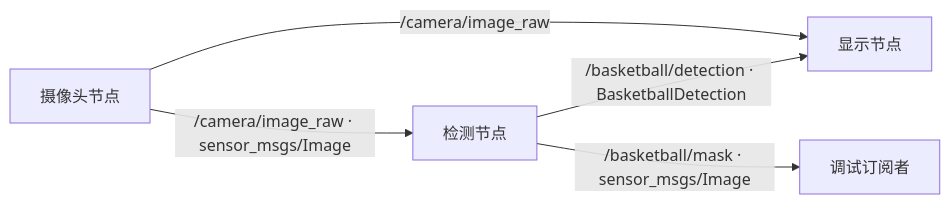
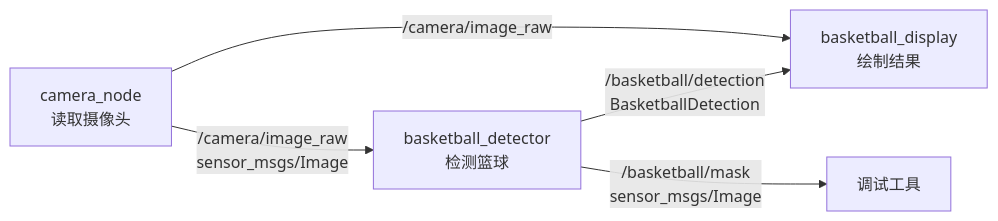
Before and after one commit to Umatrr/basketball-hough-ros2: the first of 2 diagrams in docs/code-walkthrough.md, drawn with Mermaid. The commit also changed other lines of this file, not shown here.

Commit message:
Expand full node and Hough detection walkthrough

````diff
--- a/docs/code-walkthrough.md
+++ b/docs/code-walkthrough.md
@@ -9,7 +7,7 @@
 ```mermaid
 flowchart LR
-    C[摄像头节点] -->|/camera/image_raw · sensor_msgs/Image| D[检测节点]
-    C -->|/camera/image_raw| V[显示节点]
-    D -->|/basketball/detection · BasketballDetection| V
-    D -->|/basketball/mask · sensor_msgs/Image| M[调试订阅者]
+    C["camera_node<br/>读取摄像头"] -->|"/camera/image_raw<br/>sensor_msgs/Image"| D["basketball_detector<br/>检测篮球"]
+    C -->|"/camera/image_raw"| V["basketball_display<br/>绘制结果"]
+    D -->|"/basketball/detection<br/>BasketballDetection"| V
+    D -->|"/basketball/mask<br/>sensor_msgs/Image"| M["调试工具"]
 ```
````
